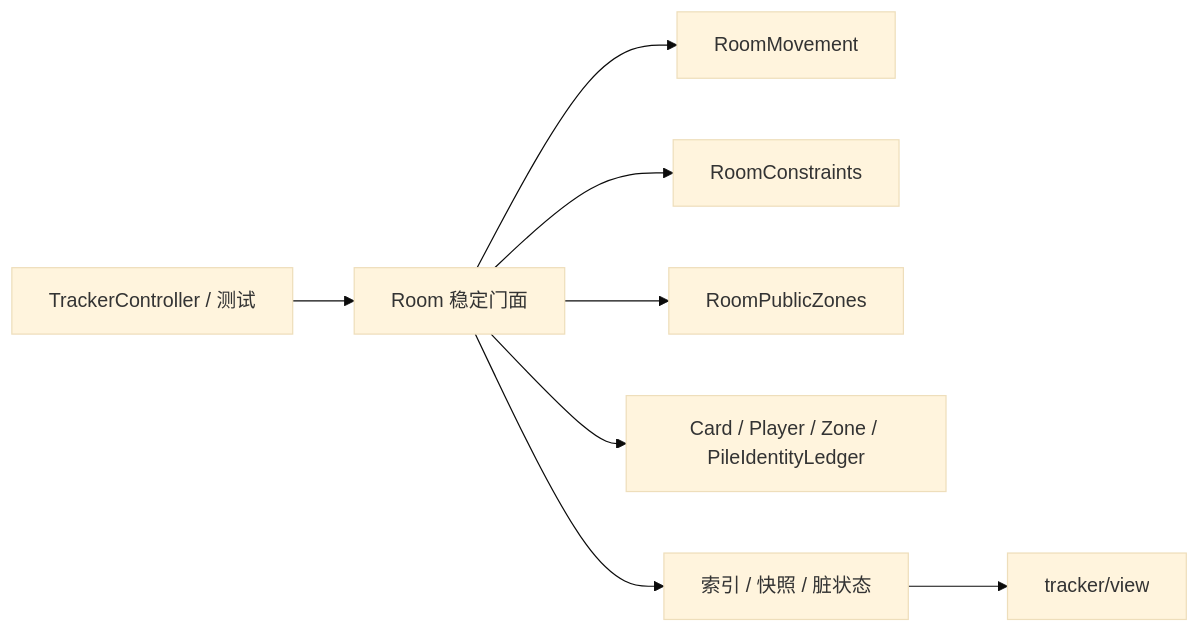
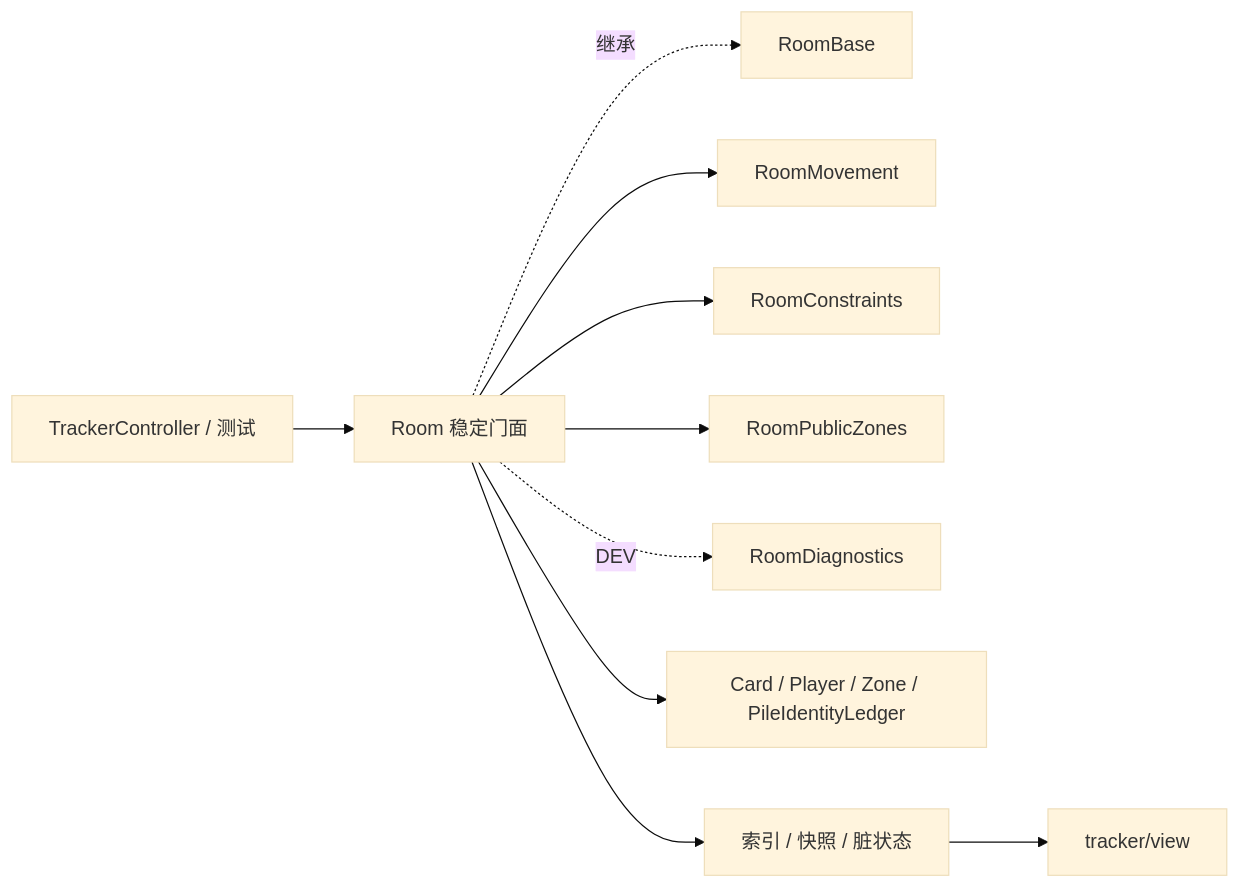
Before and after one commit to llsccm/tracker: the diagram in docs/agents/room.md, drawn with Mermaid (base theme). The commit also changed other lines of this file and 13 other files, not shown here.

````diff
--- a/docs/agents/room.md
+++ b/docs/agents/room.md
@@ -36,10 +40,12 @@
 ```mermaid
 flowchart LR
   A[TrackerController / 测试] --> R[Room 稳定门面]
+  R -. 继承 .-> B[RoomBase]
   R --> M[RoomMovement]
   R --> C[RoomConstraints]
   R --> P[RoomPublicZones]
+  R -. DEV .-> D[RoomDiagnostics]
   R --> E[Card / Player / Zone / PileIdentityLedger]
   R --> I[索引 / 快照 / 脏状态]
   I --> V[tracker/view]
 ```
````
